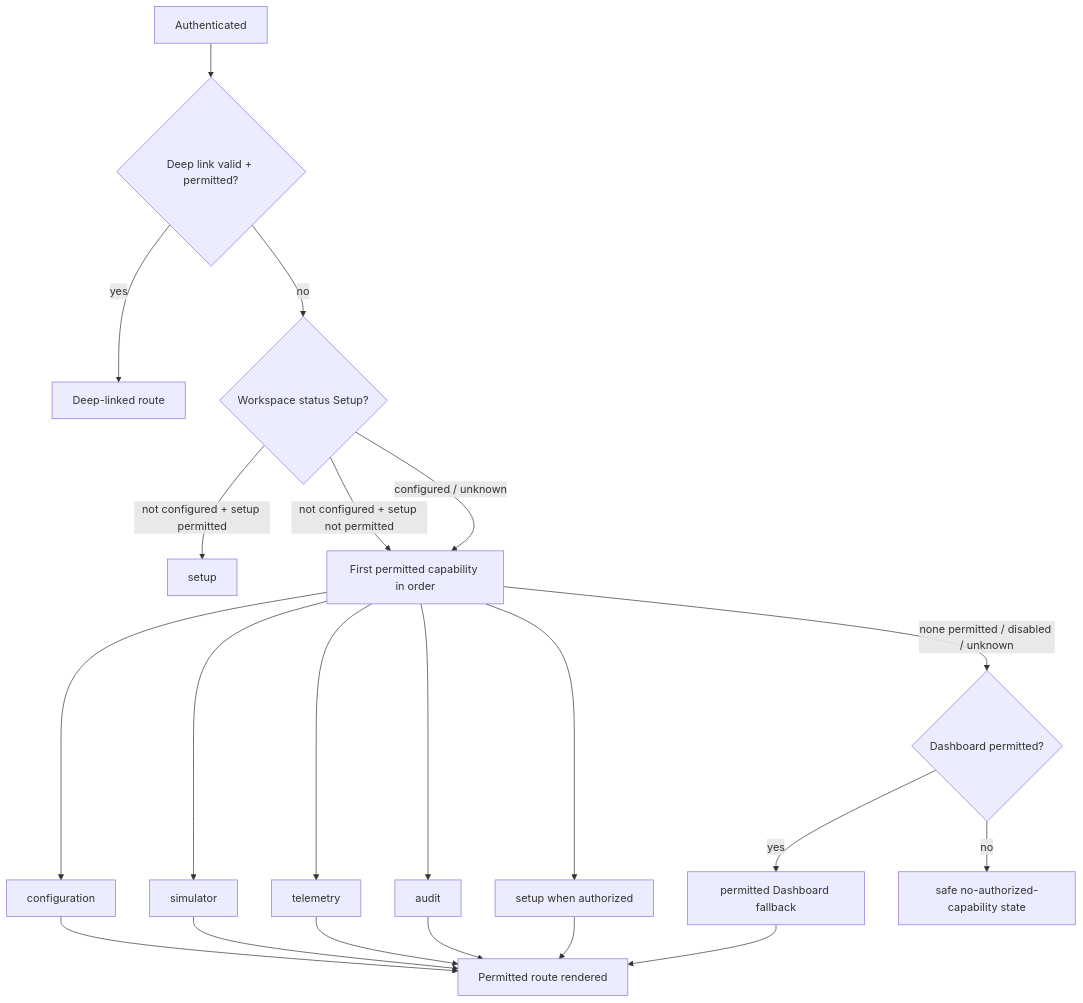
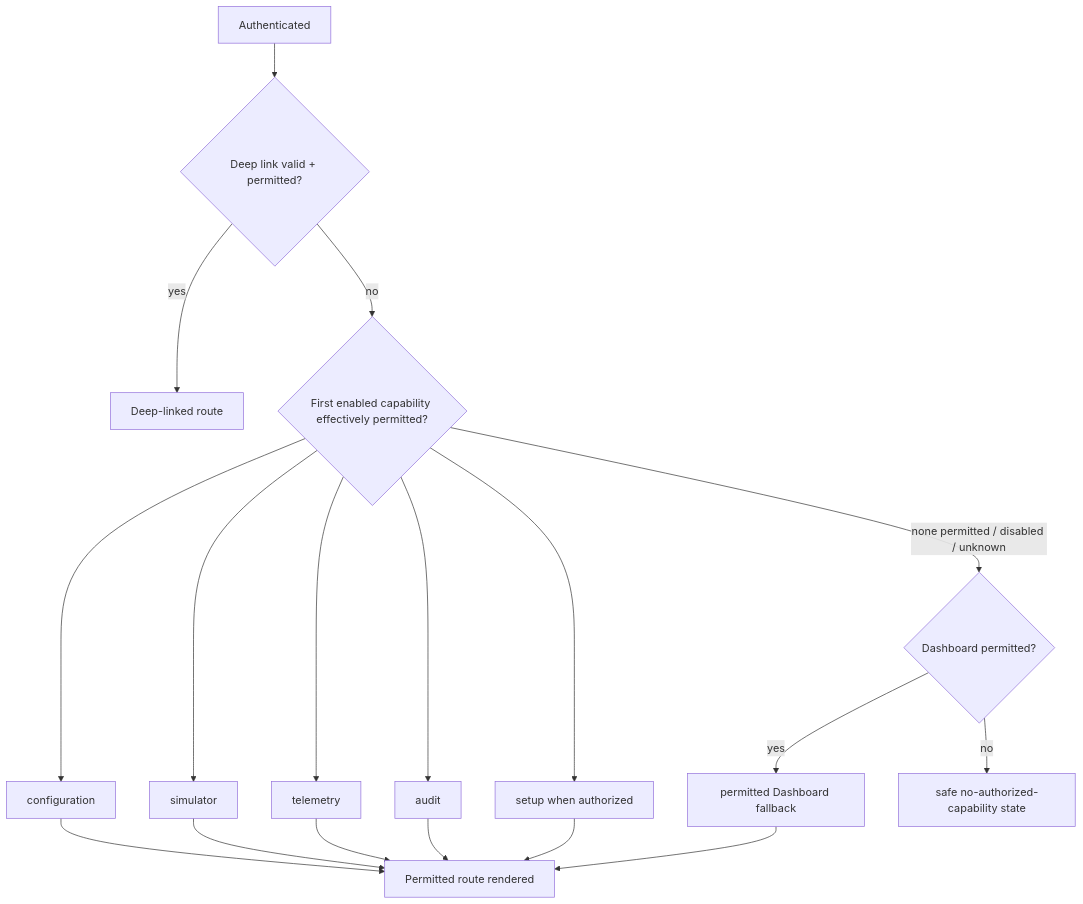
Before and after one commit to devphuclam/EnergySaving: the diagram in specs/004-industrial-operations-ui-ux-redesign/contracts/route-and-permission-matrix.md, drawn with Mermaid. The commit also changed other lines of this file and 12 other files, not shown here.

````diff
--- a/specs/004-industrial-operations-ui-ux-redesign/contracts/route-and-permission-matrix.md
+++ b/specs/004-industrial-operations-ui-ux-redesign/contracts/route-and-permission-matrix.md
@@ -34,23 +34,20 @@
 ```mermaid
 flowchart TD
   A[Authenticated] --> B{Deep link valid + permitted?}
   B -->|yes| C[Deep-linked route]
-  B -->|no| D{Workspace status Setup?}
-  D -->|not configured + setup permitted| E[setup]
-  D -->|not configured + setup not permitted| F[First permitted capability in order]
-  D -->|configured / unknown| F
+  B -->|no| F{First enabled capability effectively permitted?}
   F --> G1[configuration]
   F --> G2[simulator]
   F --> G3[telemetry]
   F --> G4[audit]
   F --> G5[setup when authorized]
   G1 --> H[Permitted route rendered]
   G2 --> H
   G3 --> H
   G4 --> H
   G5 --> H
   F -->|none permitted / disabled / unknown| J{Dashboard permitted?}
   J -->|yes| I[permitted Dashboard fallback]
   J -->|no| N[safe no-authorized-capability state]
   I --> H
 ```
````
